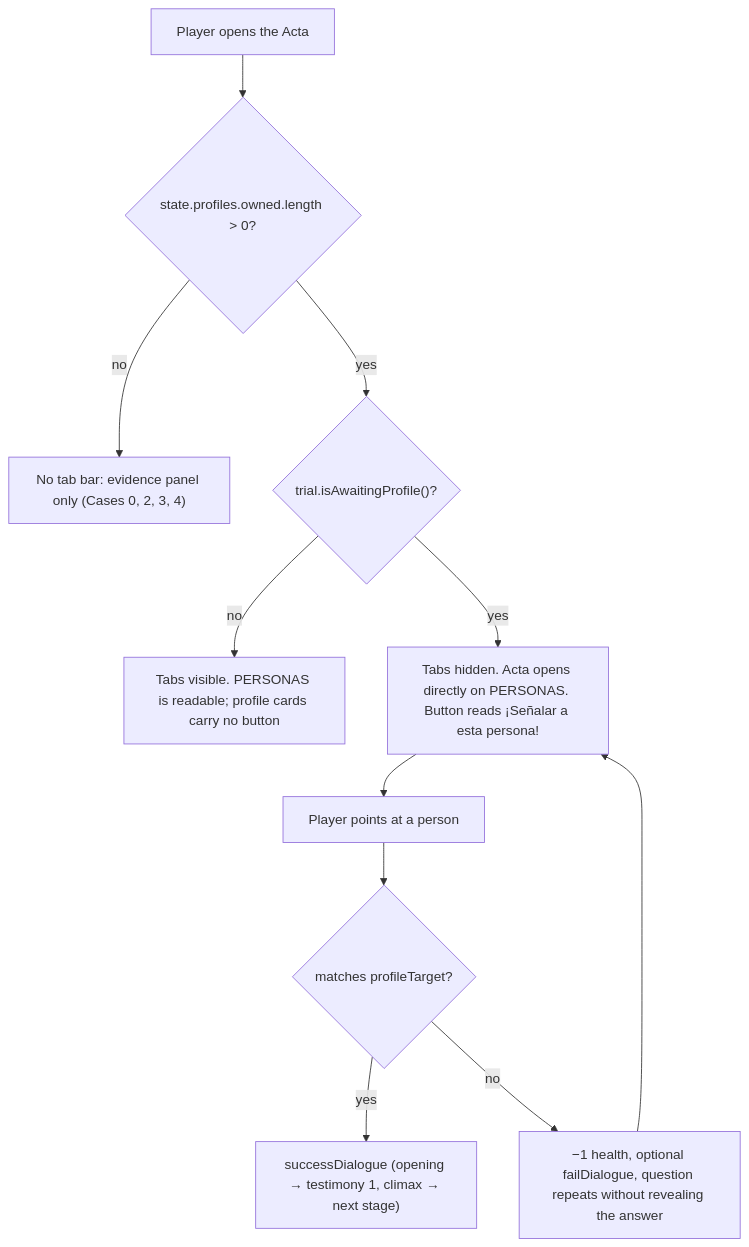
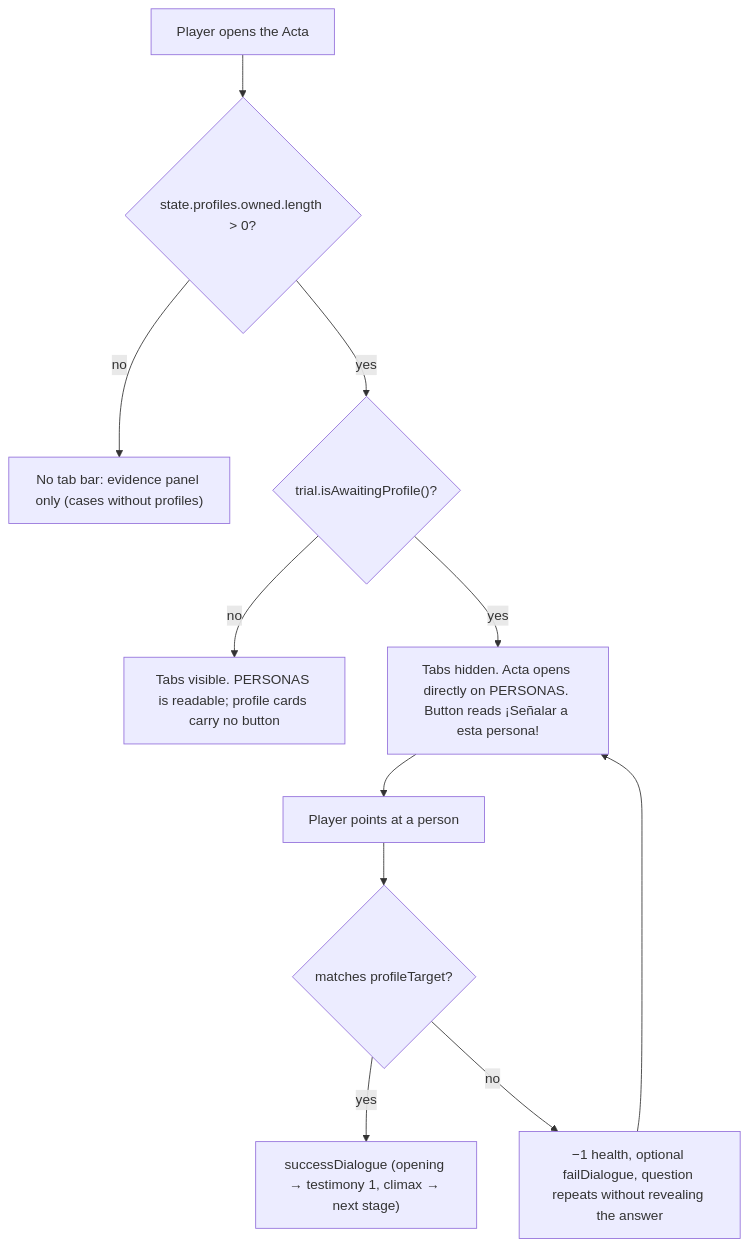
One commit to luisoncpp/aa-chapulin changed the diagram in docs/flows/character-record-flow.md. Above: the diagram before and after it, drawn with Mermaid. The commit also changed other lines of this file and 18 other files, not shown here.

````diff
--- a/docs/flows/character-record-flow.md
+++ b/docs/flows/character-record-flow.md
@@ -23,13 +23,13 @@
 ```mermaid
 flowchart TD
     Open["Player opens the Acta"] --> HasProfiles{"state.profiles.owned.length > 0?"}
-    HasProfiles -- no --> Single["No tab bar: evidence panel only (Cases 0, 2, 3, 4)"]
+    HasProfiles -- no --> Single["No tab bar: evidence panel only (cases without profiles)"]
     HasProfiles -- yes --> Asking{"trial.isAwaitingProfile()?"}
     Asking -- no --> Read["Tabs visible. PERSONAS is readable; profile cards carry no button"]
     Asking -- yes --> Point["Tabs hidden. Acta opens directly on PERSONAS. Button reads ¡Señalar a esta persona!"]
     Point --> Pick["Player points at a person"]
     Pick --> Right{"matches profileTarget?"}
     Right -- yes --> Success["successDialogue (opening → testimony 1, climax → next stage)"]
     Right -- no --> Penalty["−1 health, optional failDialogue, question repeats without revealing the answer"]
     Penalty --> Point
 ```
````
